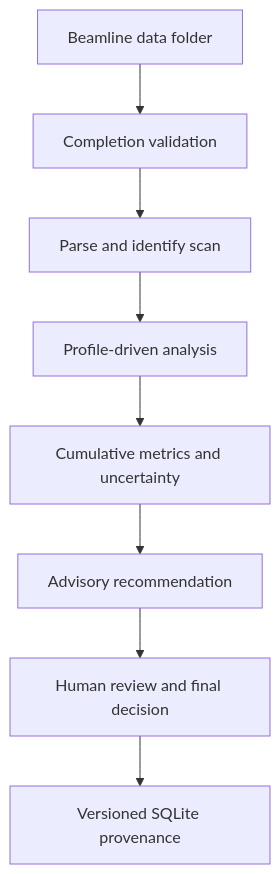
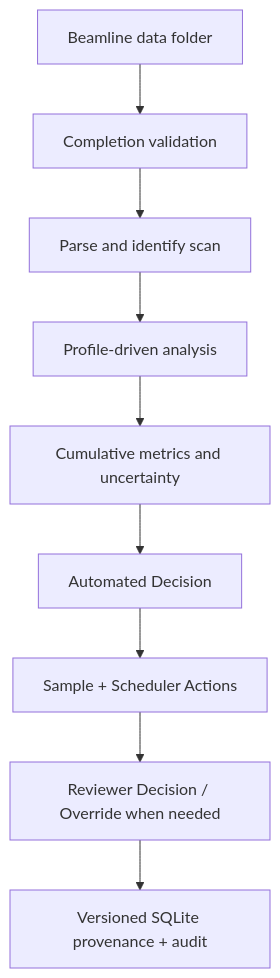
The diagram in README.md (gchunhao/Real-time-xas-beamtime-decision), drawn with Mermaid before and after one commit. The commit also changed other lines of this file and 45 other files, not shown here.

````diff
--- a/README.md
+++ b/README.md
@@ -25,10 +25,11 @@
 ```mermaid
 flowchart TD
     A[Beamline data folder] --> B[Completion validation]
     B --> C[Parse and identify scan]
     C --> D[Profile-driven analysis]
     D --> E[Cumulative metrics and uncertainty]
-    E --> F[Advisory recommendation]
-    F --> G[Human review and final decision]
-    G --> H[Versioned SQLite provenance]
+    E --> F[Automated Decision]
+    F --> G[Sample + Scheduler Actions]
+    G --> H[Reviewer Decision / Override when needed]
+    H --> I[Versioned SQLite provenance + audit]
 ```
````
